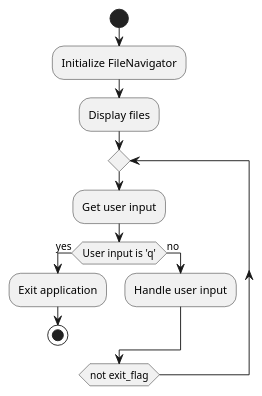
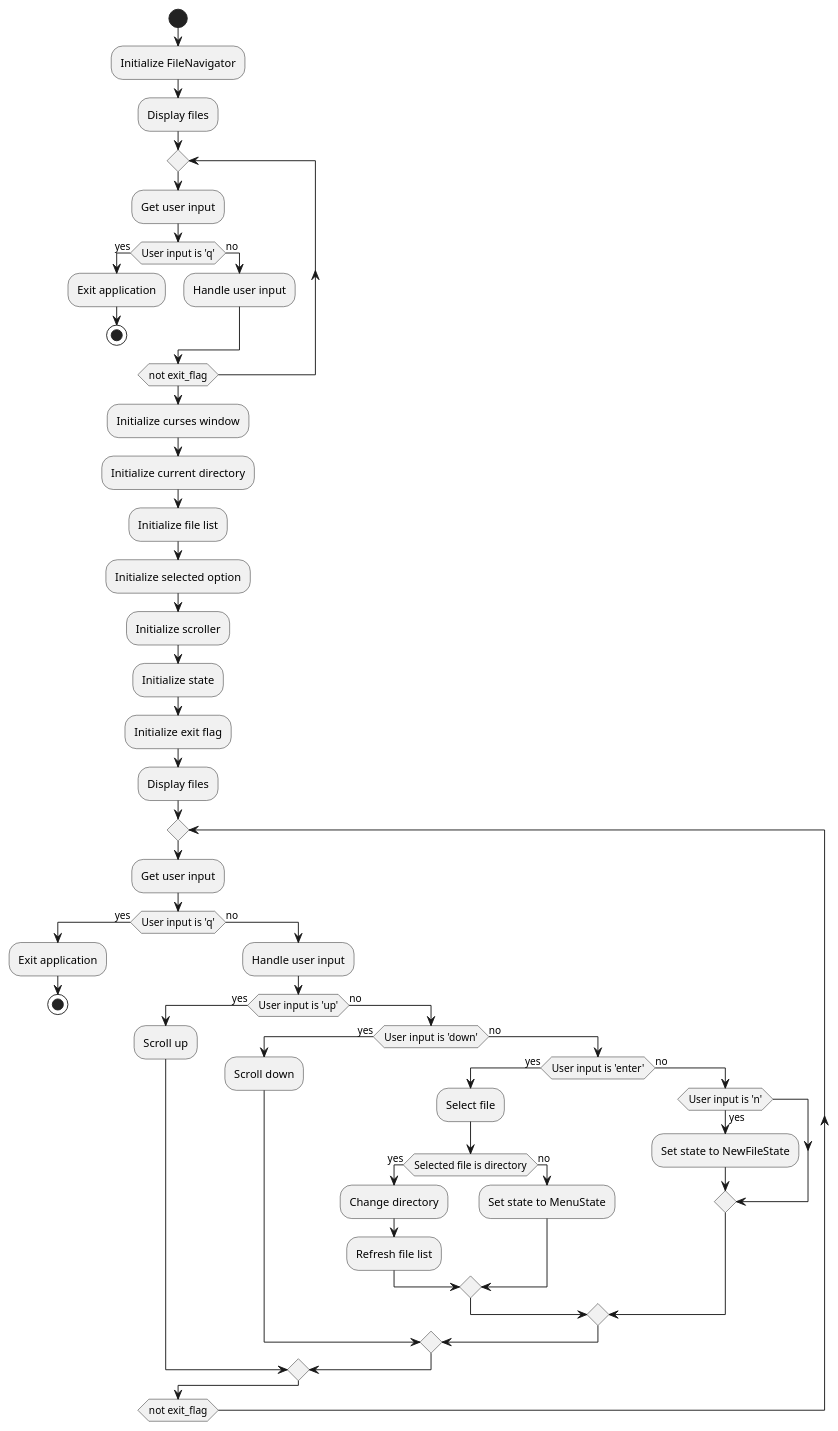
Before and after one commit to fuddt/myCurses: the diagram in docs/activity_diagram.puml, drawn with PlantUML. The commit also changed 1 other file, not shown here.

```diff
--- a/docs/activity_diagram.puml
+++ b/docs/activity_diagram.puml
@@ -1,17 +1,57 @@
 @startuml
 
 start
 
 :Initialize FileNavigator;
 :Display files;
 repeat
     :Get user input;
     if (User input is 'q') then (yes)
         :Exit application;
         stop
     else (no)
         :Handle user input;
     endif
 repeat while (not exit_flag)
 
+:Initialize curses window;
+:Initialize current directory;
+:Initialize file list;
+:Initialize selected option;
+:Initialize scroller;
+:Initialize state;
+:Initialize exit flag;
+
+:Display files;
+repeat
+    :Get user input;
+    if (User input is 'q') then (yes)
+        :Exit application;
+        stop
+    else (no)
+        :Handle user input;
+        if (User input is 'up') then (yes)
+            :Scroll up;
+        else (no)
+            if (User input is 'down') then (yes)
+                :Scroll down;
+            else (no)
+                if (User input is 'enter') then (yes)
+                    :Select file;
+                    if (Selected file is directory) then (yes)
+                        :Change directory;
+                        :Refresh file list;
+                    else (no)
+                        :Set state to MenuState;
+                    endif
+                else (no)
+                    if (User input is 'n') then (yes)
+                        :Set state to NewFileState;
+                    endif
+                endif
+            endif
+        endif
+    endif
+repeat while (not exit_flag)
+
 @enduml
```
